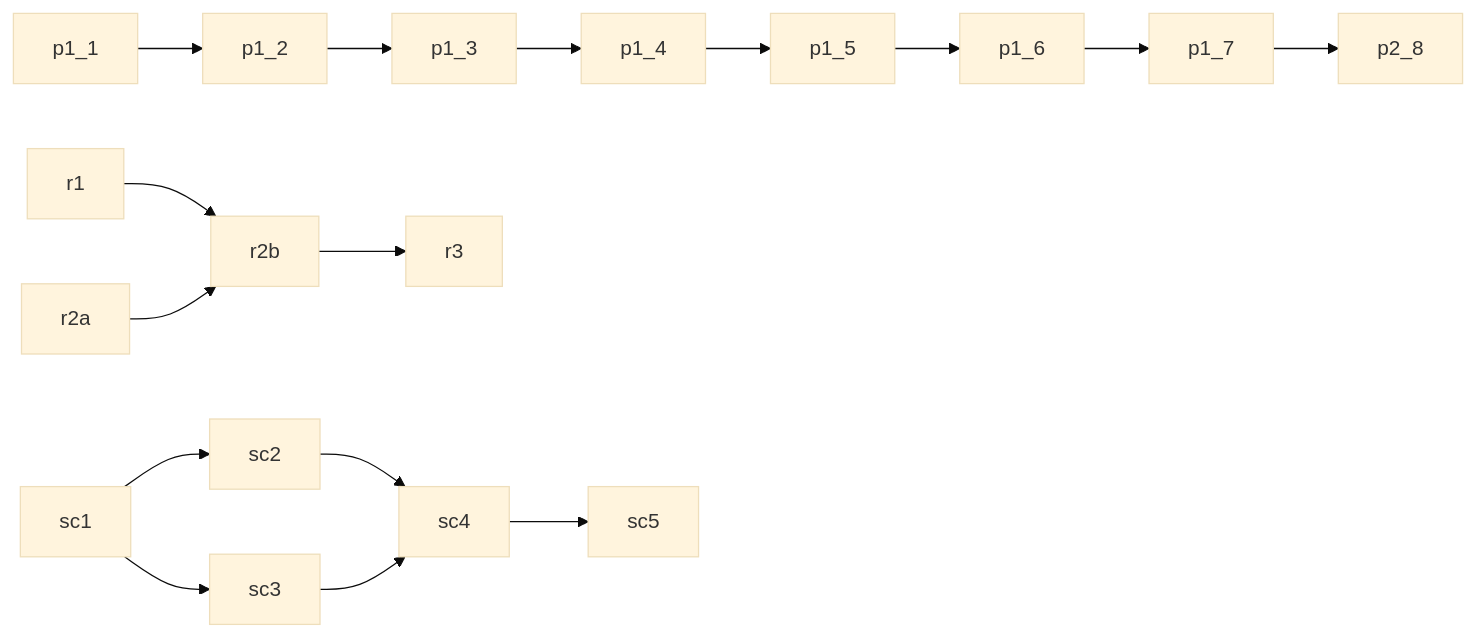
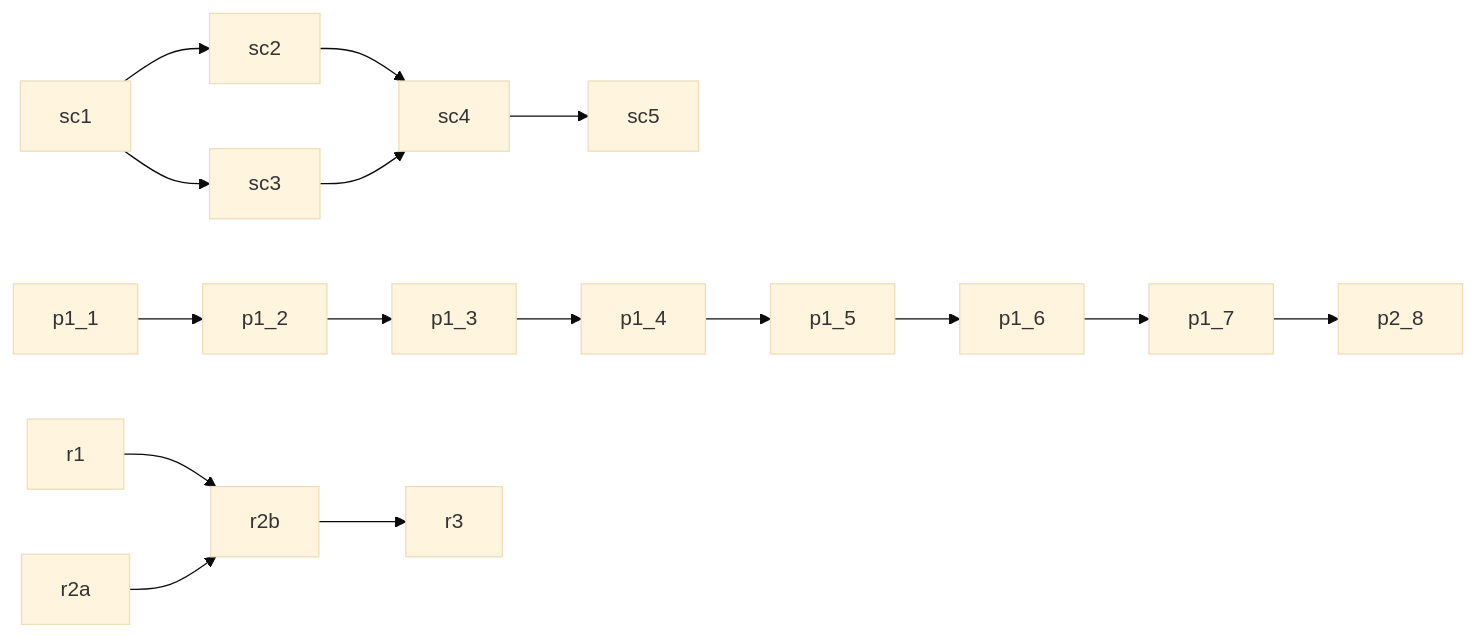
Before and after one commit to Cal-Starfur/Tipsy: the diagram in build_queue.md, drawn with Mermaid (base theme). The commit also changed other lines of this file and 1 other file, not shown here.

````diff
--- a/build_queue.md
+++ b/build_queue.md
@@ -7,18 +7,18 @@
 ```mermaid
 graph LR
+  sc1 --> sc2
+  sc1 --> sc3
+  sc2 --> sc4
+  sc3 --> sc4
+  sc4 --> sc5
   p1_1 --> p1_2
   p1_2 --> p1_3
   p1_3 --> p1_4
   p1_4 --> p1_5
   p1_5 --> p1_6
   p1_6 --> p1_7
   p1_7 --> p2_8
   r1 --> r2b
   r2a --> r2b
   r2b --> r3
-  sc1 --> sc2
-  sc1 --> sc3
-  sc2 --> sc4
-  sc3 --> sc4
-  sc4 --> sc5
 ```
````
